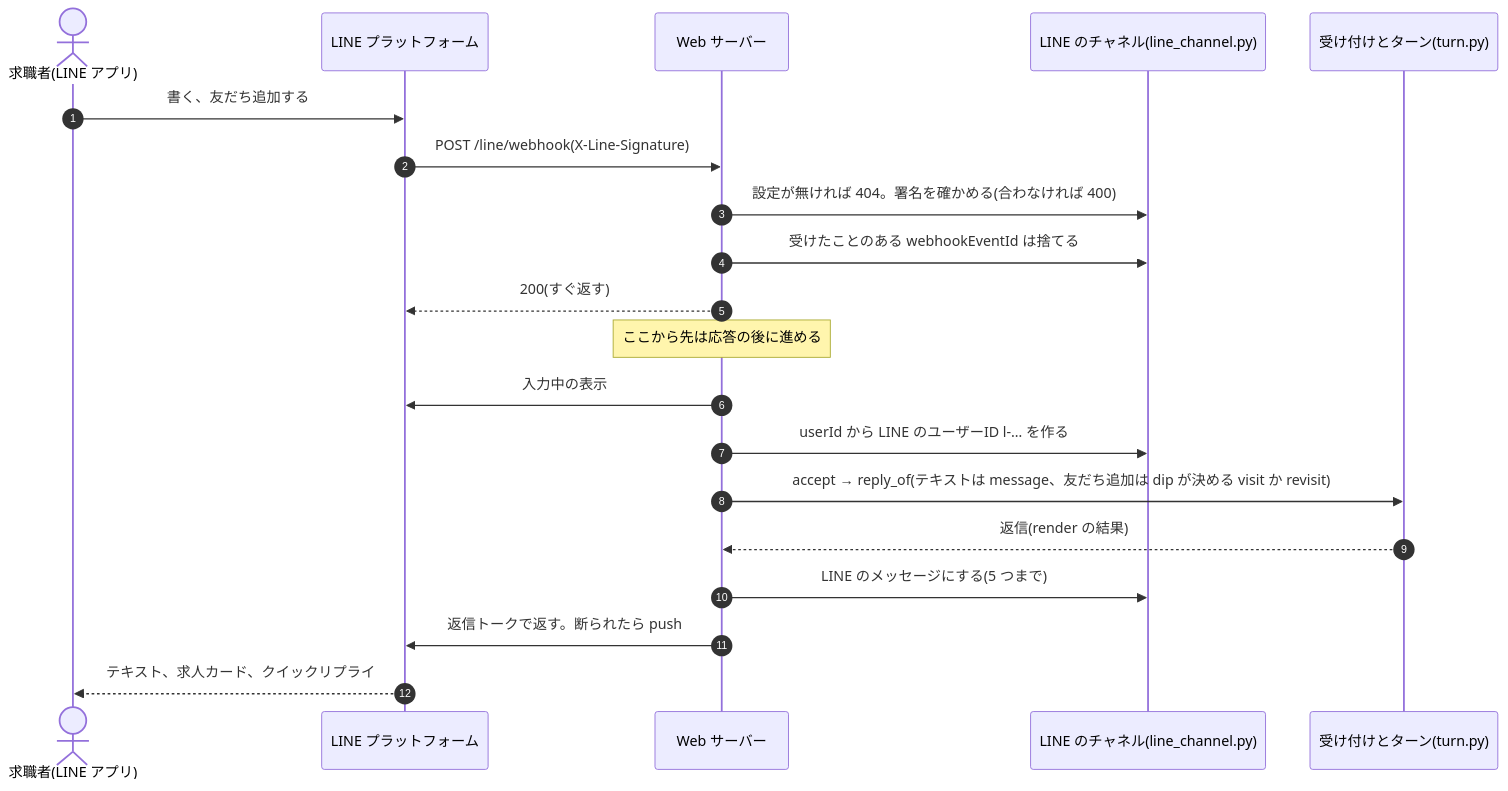
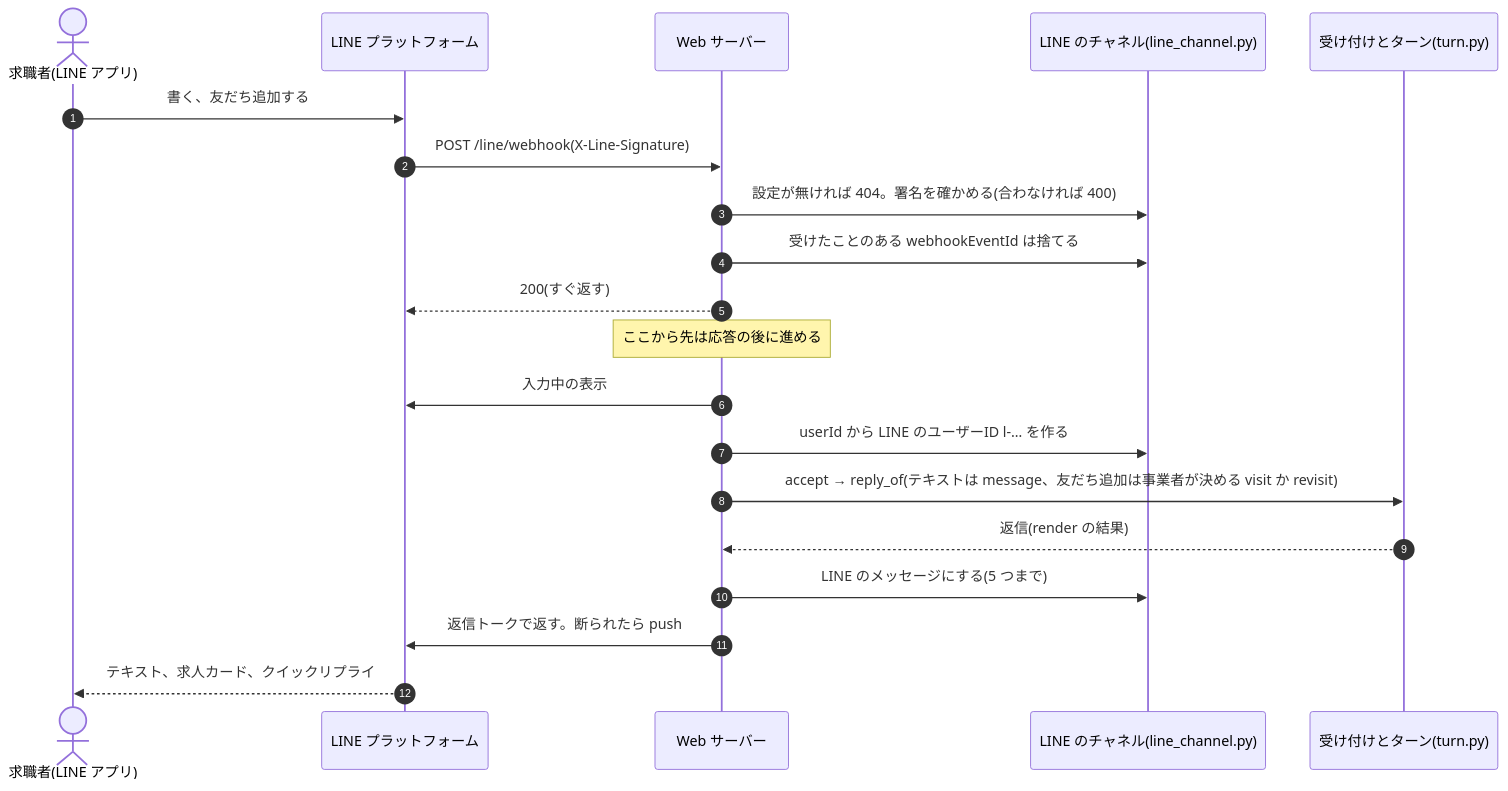
One commit to jyoka/aica changed the eighth of 15 diagrams in docs/architecture/hld.md. Above: the diagram before and after it, drawn with Mermaid. The commit also changed other lines of this file and 51 other files, not shown here.

````diff
--- a/docs/architecture/hld.md
+++ b/docs/architecture/hld.md
@@ -617,23 +617,23 @@
 ```mermaid
 sequenceDiagram
     autonumber
     actor U as 求職者(LINE アプリ)
     participant L as LINE プラットフォーム
     participant S as Web サーバー
     participant C as LINE のチャネル(line_channel.py)
     participant T as 受け付けとターン(turn.py)
 
     U->>L: 書く、友だち追加する
     L->>S: POST /line/webhook(X-Line-Signature)
     S->>C: 設定が無ければ 404。署名を確かめる(合わなければ 400)
     S->>C: 受けたことのある webhookEventId は捨てる
     S-->>L: 200(すぐ返す)
     Note over S: ここから先は応答の後に進める
     S->>L: 入力中の表示
     S->>C: userId から LINE のユーザーID l-… を作る
-    S->>T: accept → reply_of(テキストは message、友だち追加は dip が決める visit か revisit)
+    S->>T: accept → reply_of(テキストは message、友だち追加は事業者が決める visit か revisit)
     T-->>S: 返信(render の結果)
     S->>C: LINE のメッセージにする(5 つまで)
     S->>L: 返信トークで返す。断られたら push
     L-->>U: テキスト、求人カード、クイックリプライ
 ```
````
